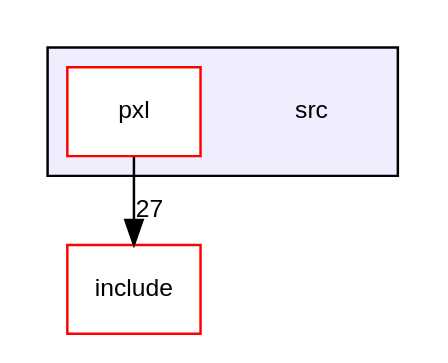
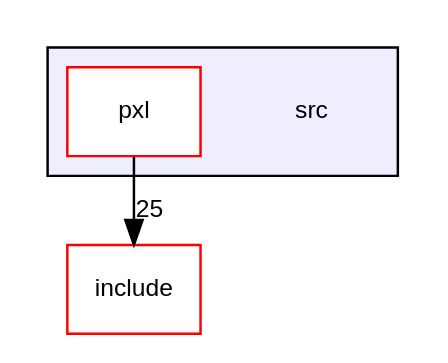
The diagram in dir_68267d1309a1af8e8297ef4c3efbcdba_dep.dot (Pixel-Lib/Pixel), drawn with Graphviz before and after one commit. The commit also changed 132 other files, not shown here.

```diff
--- a/dir_68267d1309a1af8e8297ef4c3efbcdba_dep.dot
+++ b/dir_68267d1309a1af8e8297ef4c3efbcdba_dep.dot
@@ -1,12 +1,12 @@
 digraph "src" {
   compound=true
   node [ fontsize="10", fontname="Helvetica"];
   edge [ labelfontsize="10", labelfontname="Helvetica"];
   subgraph clusterdir_68267d1309a1af8e8297ef4c3efbcdba {
     graph [ bgcolor="#eeeeff", pencolor="black", label="" URL="dir_68267d1309a1af8e8297ef4c3efbcdba.html"];
     dir_68267d1309a1af8e8297ef4c3efbcdba [shape=plaintext label="src"];
   dir_87a857eff530ad659c1a04633acb58d5 [shape=box label="pxl" fillcolor="white" style="filled" color="red" URL="dir_87a857eff530ad659c1a04633acb58d5.html"];
   }
   dir_d44c64559bbebec7f509842c48db8b23 [shape=box label="include" fillcolor="white" style="filled" color="red" URL="dir_d44c64559bbebec7f509842c48db8b23.html"];
-  dir_87a857eff530ad659c1a04633acb58d5->dir_d44c64559bbebec7f509842c48db8b23 [headlabel="27", labeldistance=1.5 headhref="dir_000005_000000.html"];
+  dir_87a857eff530ad659c1a04633acb58d5->dir_d44c64559bbebec7f509842c48db8b23 [headlabel="25", labeldistance=1.5 headhref="dir_000005_000000.html"];
 }
```
